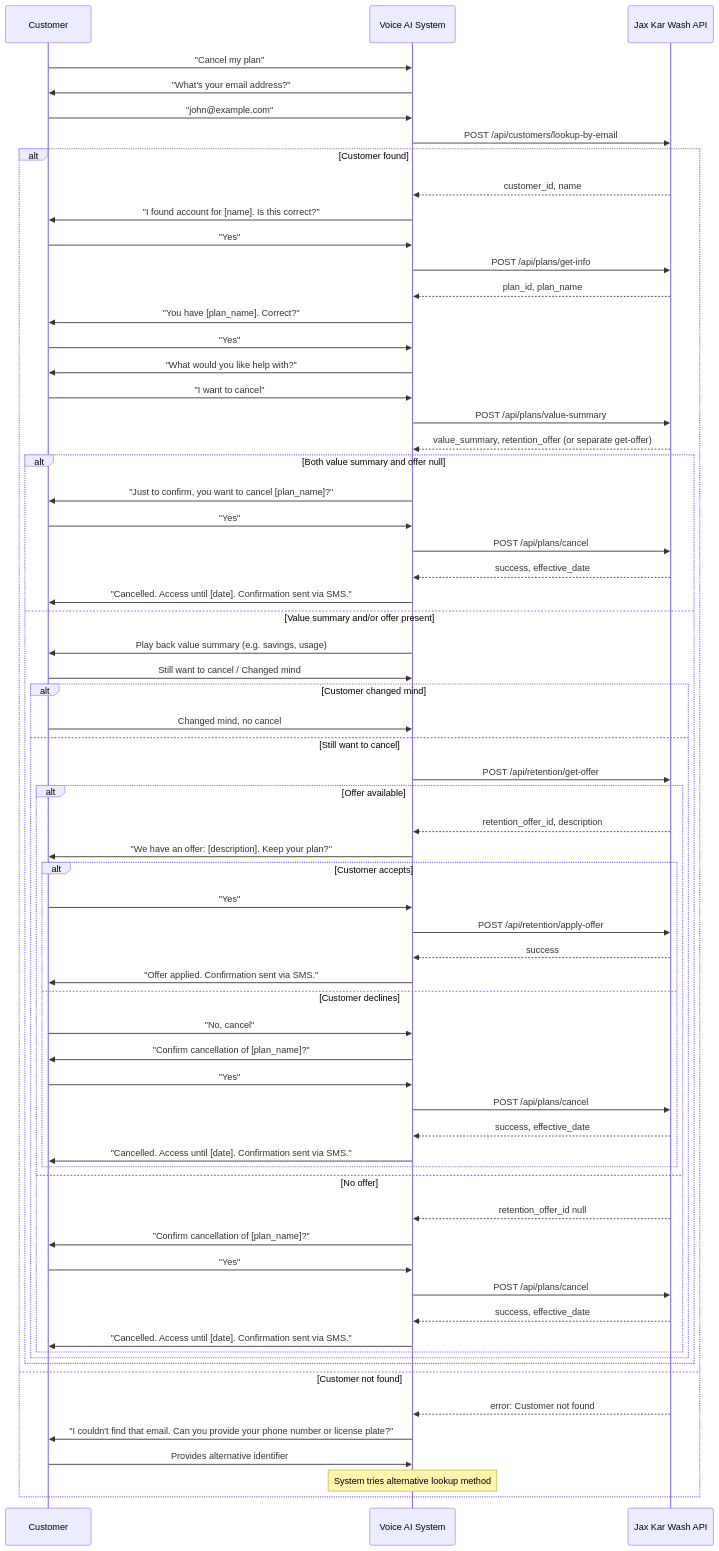
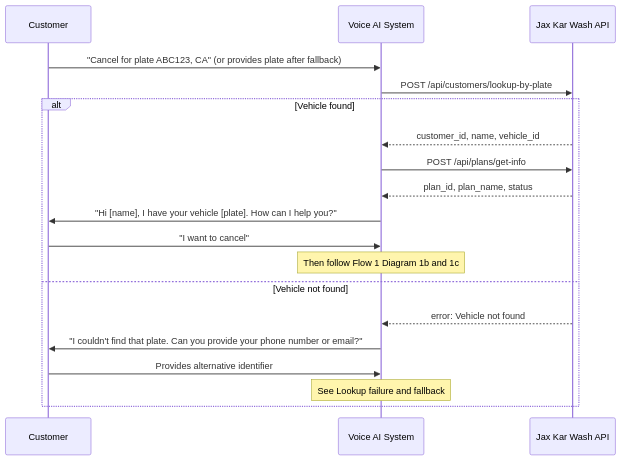
The ninth of 13 diagrams in Jax-Kar-Wash-API-Integration–Discussion-Document.md (HelloWash/Public), drawn with Mermaid before and after one commit. The commit also changed other lines of this file, not shown here.

````diff
--- a/Jax-Kar-Wash-API-Integration–Discussion-Document.md
+++ b/Jax-Kar-Wash-API-Integration–Discussion-Document.md
@@ -790,68 +750,22 @@
 ```mermaid
 sequenceDiagram
     participant Customer
     participant System as Voice AI System
     participant API as Jax Kar Wash API
 
-    Customer->>System: "Cancel my plan"
-    System->>Customer: "What's your email address?"
-    Customer->>System: "john@example.com"
-    System->>API: POST /api/customers/lookup-by-email
-    alt Customer found
-        API-->>System: customer_id, name
-        System->>Customer: "I found account for [name]. Is this correct?"
-        Customer->>System: "Yes"
+    Customer->>System: "Cancel for plate ABC123, CA" (or provides plate after fallback)
+    System->>API: POST /api/customers/lookup-by-plate
+    alt Vehicle found
+        API-->>System: customer_id, name, vehicle_id
         System->>API: POST /api/plans/get-info
-        API-->>System: plan_id, plan_name
-        System->>Customer: "You have [plan_name]. Correct?"
-        Customer->>System: "Yes"
-        System->>Customer: "What would you like help with?"
+        API-->>System: plan_id, plan_name, status
+        System->>Customer: "Hi [name], I have your vehicle [plate]. How can I help you?"
         Customer->>System: "I want to cancel"
-        System->>API: POST /api/plans/value-summary
-        API-->>System: value_summary, retention_offer (or separate get-offer)
-        alt Both value summary and offer null
-            System->>Customer: "Just to confirm, you want to cancel [plan_name]?"
-            Customer->>System: "Yes"
-            System->>API: POST /api/plans/cancel
-            API-->>System: success, effective_date
-            System->>Customer: "Cancelled. Access until [date]. Confirmation sent via SMS."
-        else Value summary and/or offer present
-            System->>Customer: Play back value summary (e.g. savings, usage)
-            Customer->>System: Still want to cancel / Changed mind
-            alt Customer changed mind
-                Customer->>System: Changed mind, no cancel
-            else Still want to cancel
-                System->>API: POST /api/retention/get-offer
-                alt Offer available
-                    API-->>System: retention_offer_id, description
-                    System->>Customer: "We have an offer: [description]. Keep your plan?"
-                    alt Customer accepts
-                        Customer->>System: "Yes"
-                        System->>API: POST /api/retention/apply-offer
-                        API-->>System: success
-                        System->>Customer: "Offer applied. Confirmation sent via SMS."
-                    else Customer declines
-                        Customer->>System: "No, cancel"
-                        System->>Customer: "Confirm cancellation of [plan_name]?"
-                        Customer->>System: "Yes"
-                        System->>API: POST /api/plans/cancel
-                        API-->>System: success, effective_date
-                        System->>Customer: "Cancelled. Access until [date]. Confirmation sent via SMS."
-                    end
-                else No offer
-                    API-->>System: retention_offer_id null
-                    System->>Customer: "Confirm cancellation of [plan_name]?"
-                    Customer->>System: "Yes"
-                    System->>API: POST /api/plans/cancel
-                    API-->>System: success, effective_date
-                    System->>Customer: "Cancelled. Access until [date]. Confirmation sent via SMS."
-                end
-            end
-        end
-    else Customer not found
-        API-->>System: error: Customer not found
-        System->>Customer: "I couldn't find that email. Can you provide your phone number or license plate?"
+        Note over System: Then follow Flow 1 Diagram 1b and 1c
+    else Vehicle not found
+        API-->>System: error: Vehicle not found
+        System->>Customer: "I couldn't find that plate. Can you provide your phone number or email?"
         Customer->>System: Provides alternative identifier
-        Note over System: System tries alternative lookup method
+        Note over System: See Lookup failure and fallback
     end
 ```
````
